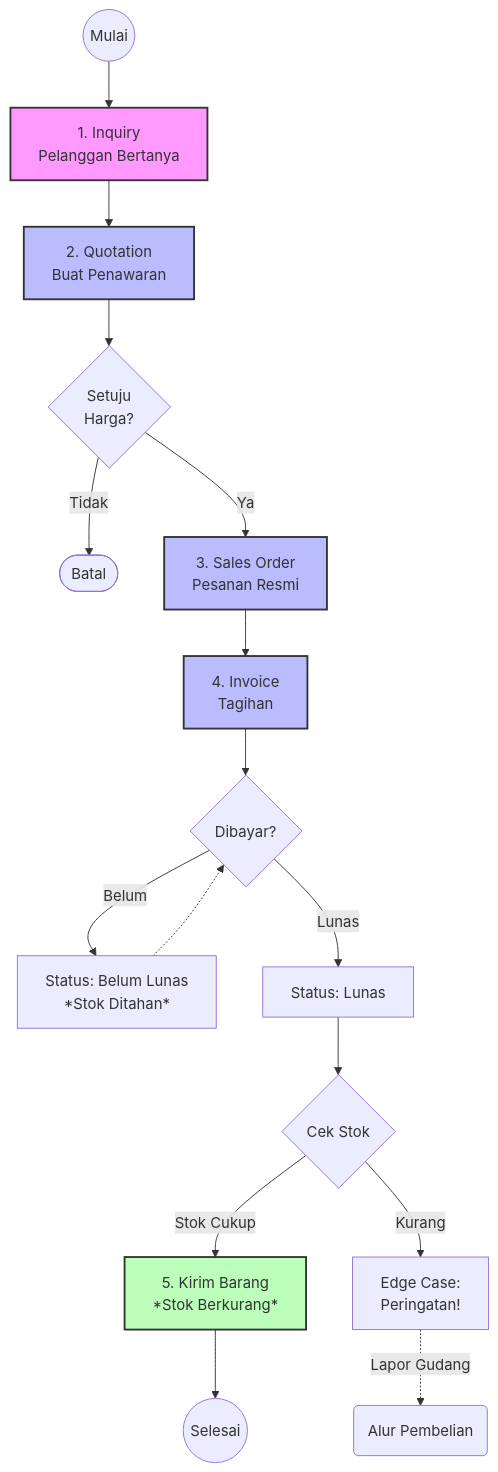
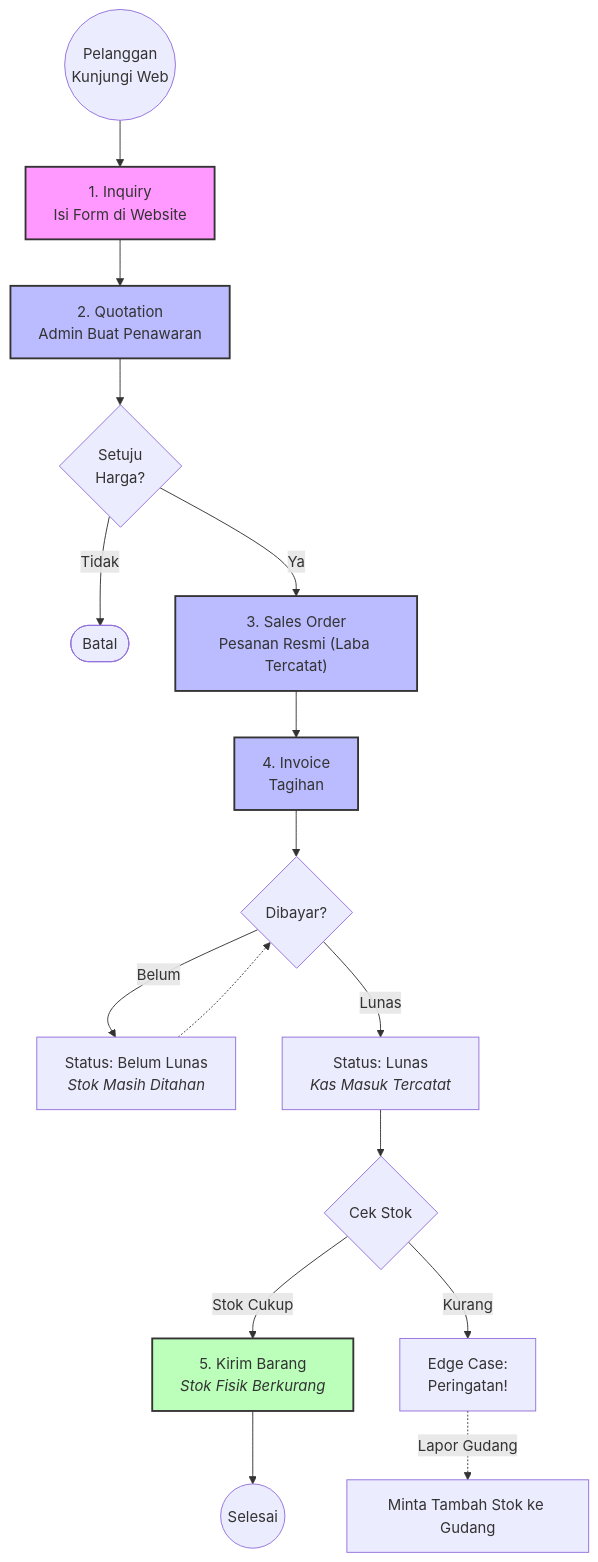
One commit to Vall-Here/LARAVEL-WEB_CV-Fullstack-Frontend-Backend-Web-App changed the diagram in flowchart/1-Alur-Penjualan.md. Above: the diagram before and after it, drawn with Mermaid. The commit also changed other lines of this file and 4 other files, not shown here.

Commit message:
docs: replace legacy manual with modular flowchart documentation in docs/flowchart/

````diff
--- a/flowchart/1-Alur-Penjualan.md
+++ b/flowchart/1-Alur-Penjualan.md
@@ -7,35 +19,35 @@
 ```mermaid
-graph TD;
+graph TD
     %% Node Definitions
-    START((Mulai)) --> INQ[1. Inquiry <br/> Pelanggan Bertanya]
-    
-    INQ --> Q[2. Quotation <br/> Buat Penawaran]
-    
-    Q --> Q_DEC{Setuju <br/> Harga?}
+    START(("Pelanggan<br>Kunjungi Web")) --> INQ["1. Inquiry<br>Isi Form di Website"]
+
+    INQ --> Q["2. Quotation<br>Admin Buat Penawaran"]
+
+    Q --> Q_DEC{"Setuju<br>Harga?"}
     Q_DEC -->|Tidak| Q_FAIL([Batal])
-    
-    Q_DEC -->|Ya| SO[3. Sales Order <br/> Pesanan Resmi]
-    
-    SO --> INV[4. Invoice <br/> Tagihan]
-    
-    INV --> PAY_DEC{Dibayar?}
-    PAY_DEC -->|Belum| INV_WAIT[Status: Belum Lunas <br/> *Stok Ditahan*]
+
+    Q_DEC -->|Ya| SO["3. Sales Order<br>Pesanan Resmi (Laba Tercatat)"]
+
+    SO --> INV["4. Invoice<br>Tagihan"]
+
+    INV --> PAY_DEC{"Dibayar?"}
+    PAY_DEC -->|Belum| INV_WAIT["Status: Belum Lunas<br><i>Stok Masih Ditahan</i>"]
     INV_WAIT -.-> PAY_DEC
-    
-    PAY_DEC -->|Lunas| INV_DONE[Status: Lunas]
-    
-    INV_DONE --> STOCK_DEC{Cek Stok}
-    STOCK_DEC -->|Stok Cukup| DELIVERY[5. Kirim Barang <br/> *Stok Berkurang*]
-    STOCK_DEC -->|Kurang| EDGE_CASE_STOCK[Edge Case: <br/> Peringatan!]
-    
-    EDGE_CASE_STOCK -.->|Lapor Gudang| PROCUREMENT(Alur Pembelian)
-    
-    DELIVERY --> END((Selesai))
+
+    PAY_DEC -->|Lunas| INV_DONE["Status: Lunas<br><i>Kas Masuk Tercatat</i>"]
+
+    INV_DONE --> STOCK_DEC{"Cek Stok"}
+    STOCK_DEC -->|Stok Cukup| DELIVERY["5. Kirim Barang<br><i>Stok Fisik Berkurang</i>"]
+    STOCK_DEC -->|Kurang| EDGE_CASE_STOCK["Edge Case:<br>Peringatan!"]
+
+    EDGE_CASE_STOCK -.->|Lapor Gudang| PROCUREMENT["Minta Tambah Stok ke Gudang"]
+
+    DELIVERY --> END(("Selesai"))
 
     %% Styling
     style INQ fill:#f9f,stroke:#333,stroke-width:2px
     style Q fill:#bbf,stroke:#333,stroke-width:2px
     style SO fill:#bbf,stroke:#333,stroke-width:2px
     style INV fill:#bbf,stroke:#333,stroke-width:2px
     style DELIVERY fill:#bfb,stroke:#333,stroke-width:2px
 ```
````
